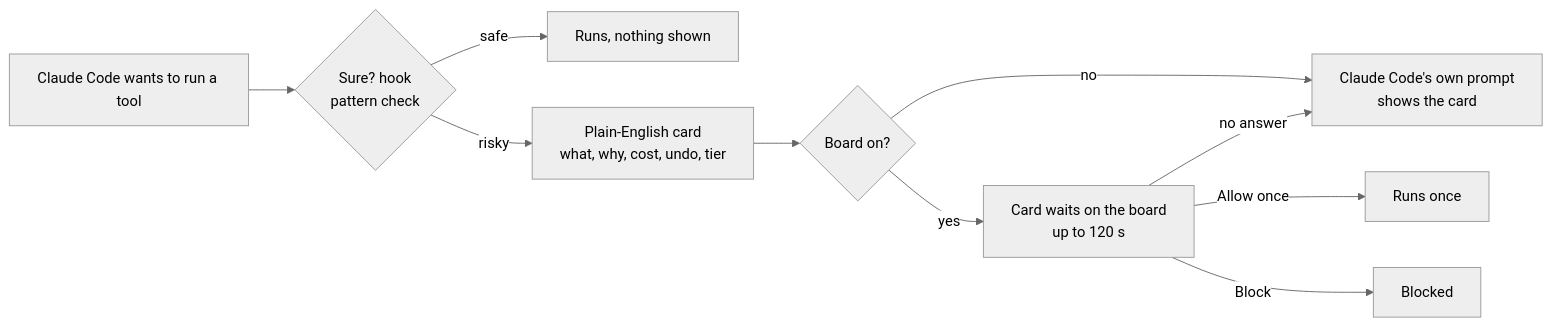
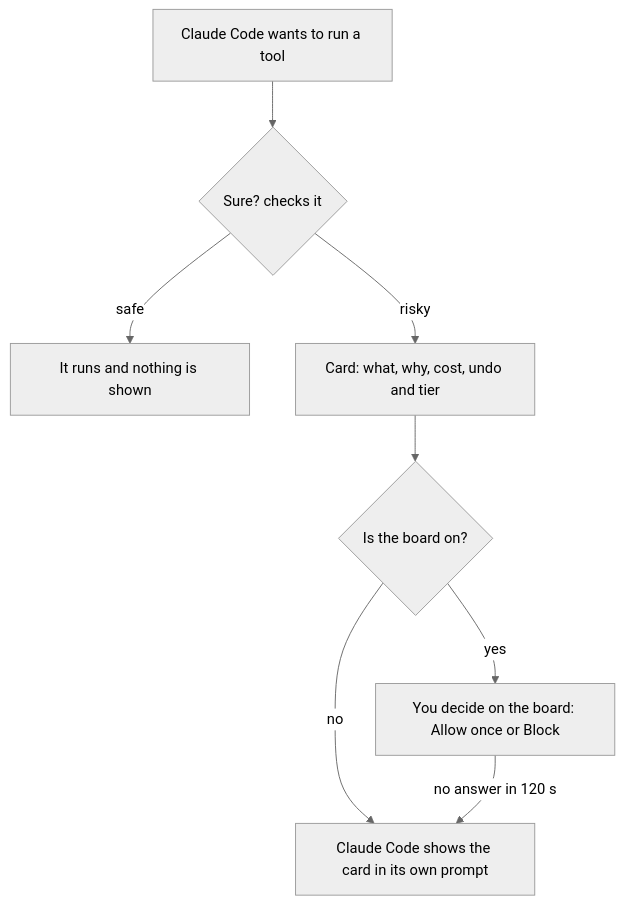
One commit to Jrudani21/sure changed the diagram in README.md. Above: the diagram before and after it, drawn with Mermaid (neutral theme).

Commit message:
docs: larger top-down flow diagram in the README

````diff
--- a/README.md
+++ b/README.md
@@ -60,12 +60,10 @@
 ```mermaid
-flowchart LR
-    A[Claude Code wants to run a tool] --> B{Sure? hook<br/>pattern check}
-    B -- safe --> C[Runs, nothing shown]
-    B -- risky --> D[Plain-English card<br/>what, why, cost, undo, tier]
-    D --> E{Board on?}
-    E -- no --> F[Claude Code's own prompt<br/>shows the card]
-    E -- yes --> G[Card waits on the board<br/>up to 120 s]
-    G -- Allow once --> H[Runs once]
-    G -- Block --> I[Blocked]
-    G -- no answer --> F
+flowchart TD
+    A[Claude Code wants to run a tool] --> B{Sure? checks it}
+    B -- safe --> C[It runs and nothing is shown]
+    B -- risky --> D[Card: what, why, cost, undo and tier]
+    D --> E{Is the board on?}
+    E -- yes --> G[You decide on the board: Allow once or Block]
+    E -- no --> F[Claude Code shows the card in its own prompt]
+    G -- no answer in 120 s --> F
 ```
````
